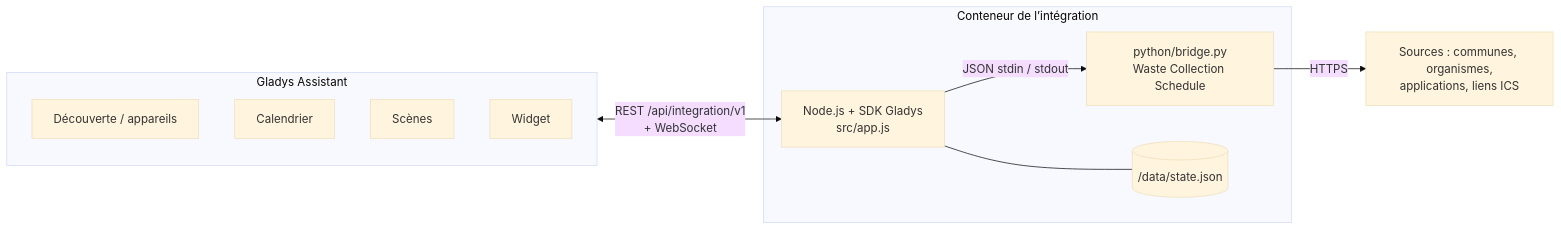
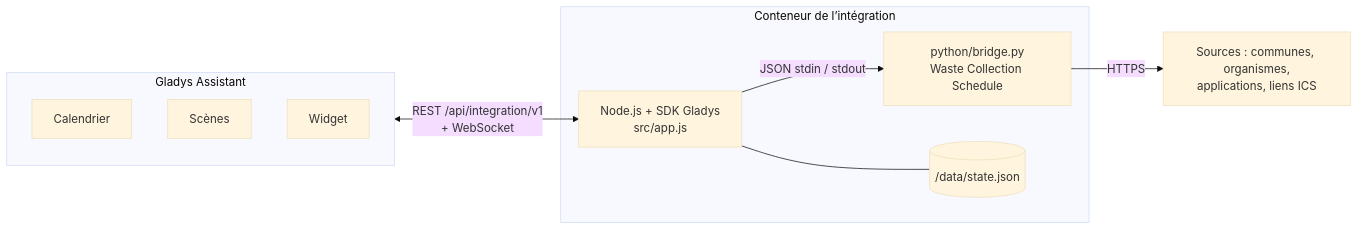
Before and after one commit to William-De71/gladys-waste-collection-schedule: the first of 3 diagrams in README.fr.md, drawn with Mermaid (base theme). The commit also changed other lines of this file and 24 other files, not shown here.

````diff
--- a/README.fr.md
+++ b/README.fr.md
@@ -30,19 +29,18 @@
 ```mermaid
 flowchart LR
   subgraph Gladys["Gladys Assistant"]
-    D[Découverte / appareils]
     C[Calendrier]
     S[Scènes]
     W[Widget]
   end
   subgraph Container["Conteneur de l’intégration"]
     N["Node.js + SDK Gladys<br/>src/app.js"]
     P["python/bridge.py<br/>Waste Collection Schedule"]
     F[("/data/state.json")]
   end
   Sources["Sources : communes, organismes,<br/>applications, liens ICS"]
   Gladys <-- "REST /api/integration/v1<br/>+ WebSocket" --> N
   N -- "JSON stdin / stdout" --> P
   N --- F
   P -- HTTPS --> Sources
 ```
````
